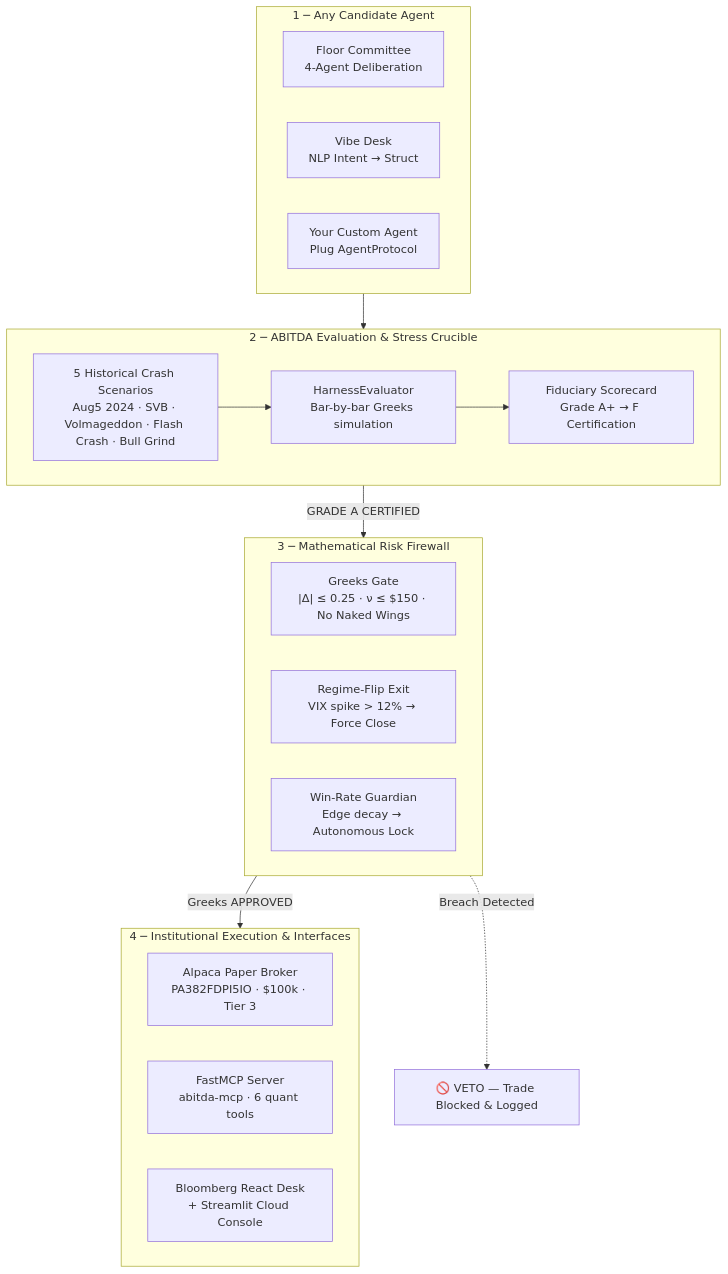
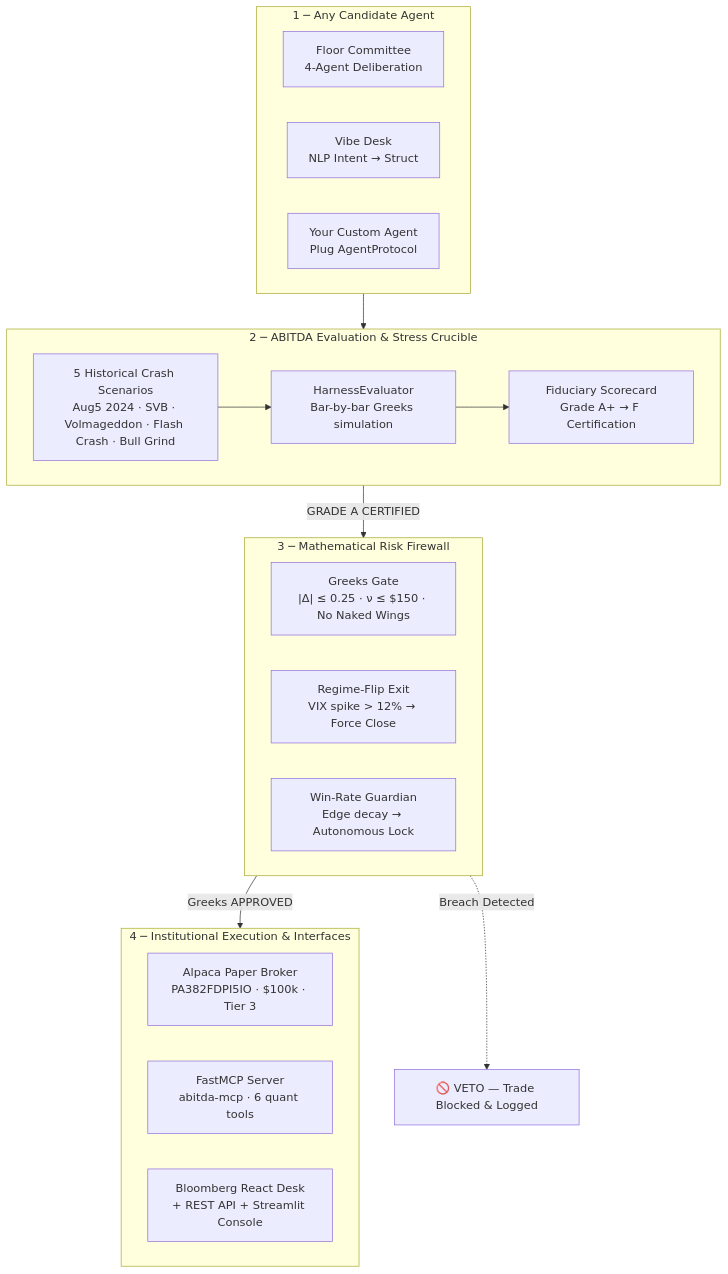
Before and after one commit to RABNEER/Abitda: the diagram in README.md, drawn with Mermaid. The commit also changed other lines of this file, not shown here.

Commit message:
docs: completely rewrite README - pip package front and center, Agent Gateway REST API section, live demo URL, full project description

````diff
--- a/README.md
+++ b/README.md
@@ -107,32 +159,32 @@
 ```mermaid
 flowchart TD
     subgraph IN["1 ─ Any Candidate Agent"]
         A1["Floor Committee\n4-Agent Deliberation"]
         A2["Vibe Desk\nNLP Intent → Struct"]
         A3["Your Custom Agent\nPlug AgentProtocol"]
     end
 
     subgraph HARNESS["2 ─ ABITDA Evaluation & Stress Crucible"]
         H1["5 Historical Crash Scenarios\nAug5 2024 · SVB · Volmageddon · Flash Crash · Bull Grind"]
         H2["HarnessEvaluator\nBar-by-bar Greeks simulation"]
         H3["Fiduciary Scorecard\nGrade A+ → F Certification"]
         H1 --> H2 --> H3
     end
 
     subgraph GATE["3 ─ Mathematical Risk Firewall"]
         G1["Greeks Gate\n|Δ| ≤ 0.25 · ν ≤ $150 · No Naked Wings"]
         G2["Regime-Flip Exit\nVIX spike > 12% → Force Close"]
         G3["Win-Rate Guardian\nEdge decay → Autonomous Lock"]
     end
 
     subgraph EXEC["4 ─ Institutional Execution & Interfaces"]
         E1["Alpaca Paper Broker\nPA382FDPI5IO · $100k · Tier 3"]
         E2["FastMCP Server\nabitda-mcp · 6 quant tools"]
-        E3["Bloomberg React Desk\n+ Streamlit Cloud Console"]
+        E3["Bloomberg React Desk\n+ REST API + Streamlit Console"]
     end
 
     IN --> HARNESS
     HARNESS -- "GRADE A CERTIFIED" --> GATE
     GATE -- "Greeks APPROVED" --> EXEC
     GATE -. "Breach Detected" .-> VETO["🚫 VETO — Trade Blocked & Logged"]
 ```
````
